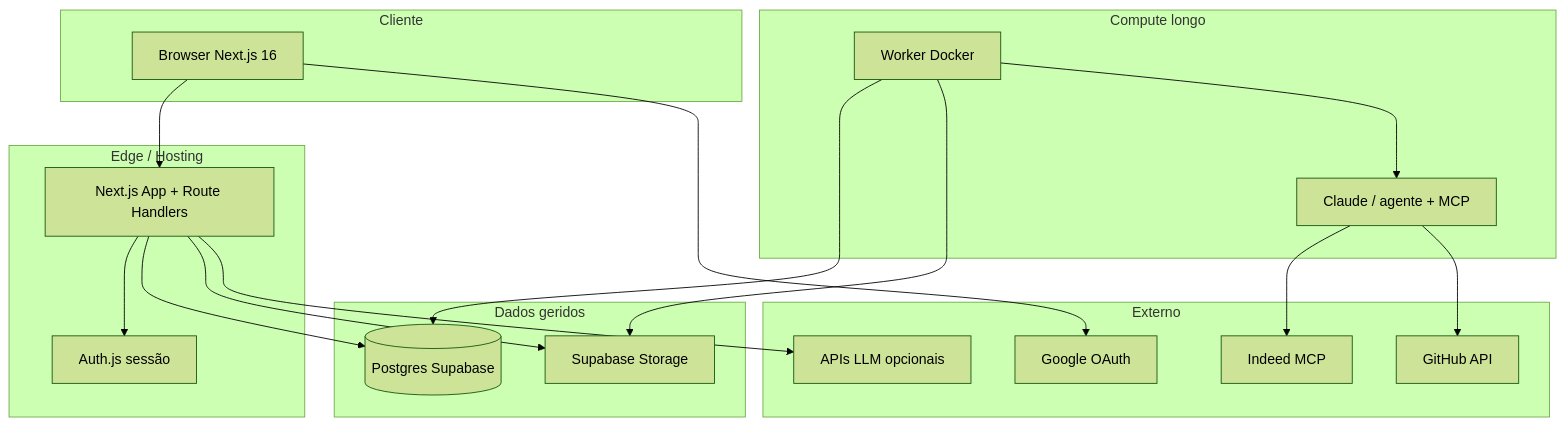
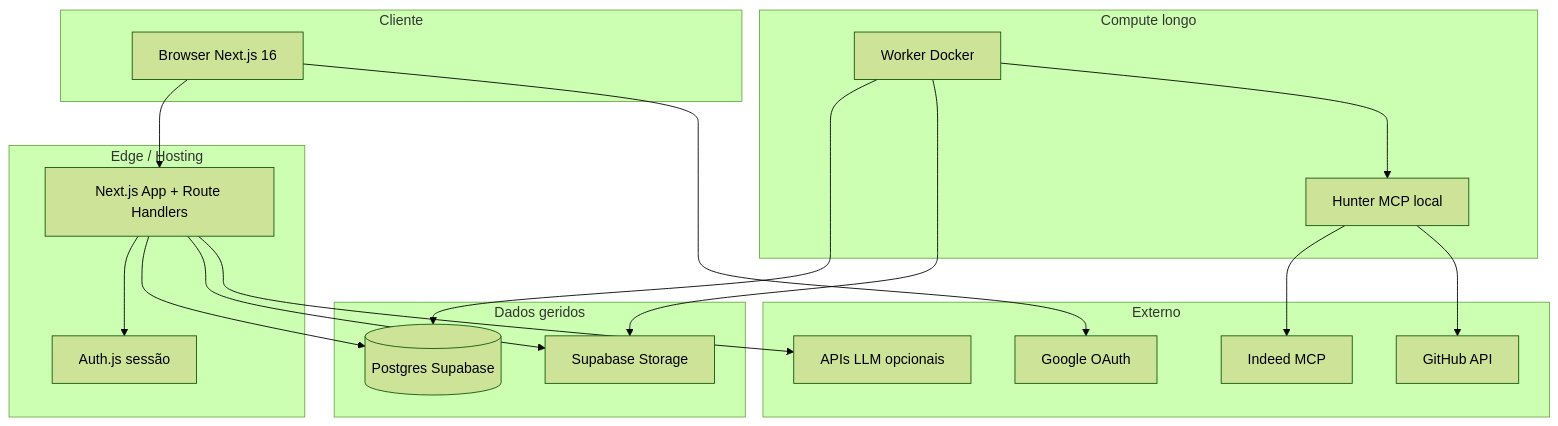
One commit to vnschneider/hunter changed the first of 2 diagrams in docs/arquitetura.md. Above: the diagram before and after it, drawn with Mermaid (forest theme). The commit also changed other lines of this file and 78 other files, not shown here.

````diff
--- a/docs/arquitetura.md
+++ b/docs/arquitetura.md
@@ -9,35 +9,35 @@
 ```mermaid
 flowchart TB
   subgraph client [Cliente]
     Browser[Browser Next.js 16]
   end
   subgraph edge [Edge / Hosting]
     Next[Next.js App + Route Handlers]
     Auth[Auth.js sessão]
   end
   subgraph data [Dados geridos]
     PG[(Postgres Supabase)]
     ST[Supabase Storage]
   end
   subgraph compute [Compute longo]
     Worker[Worker Docker]
-    Agent[Claude / agente + MCP]
+    Agent[Hunter MCP local]
   end
   subgraph external [Externo]
     Google[Google OAuth]
     IndeedMCP[Indeed MCP]
     GH[GitHub API]
     LLM[APIs LLM opcionais]
   end
   Browser --> Next
   Browser --> Google
   Next --> Auth
   Next --> PG
   Next --> ST
   Worker --> PG
   Worker --> ST
   Worker --> Agent
   Agent --> IndeedMCP
   Agent --> GH
   Next --> LLM
 ```
````
